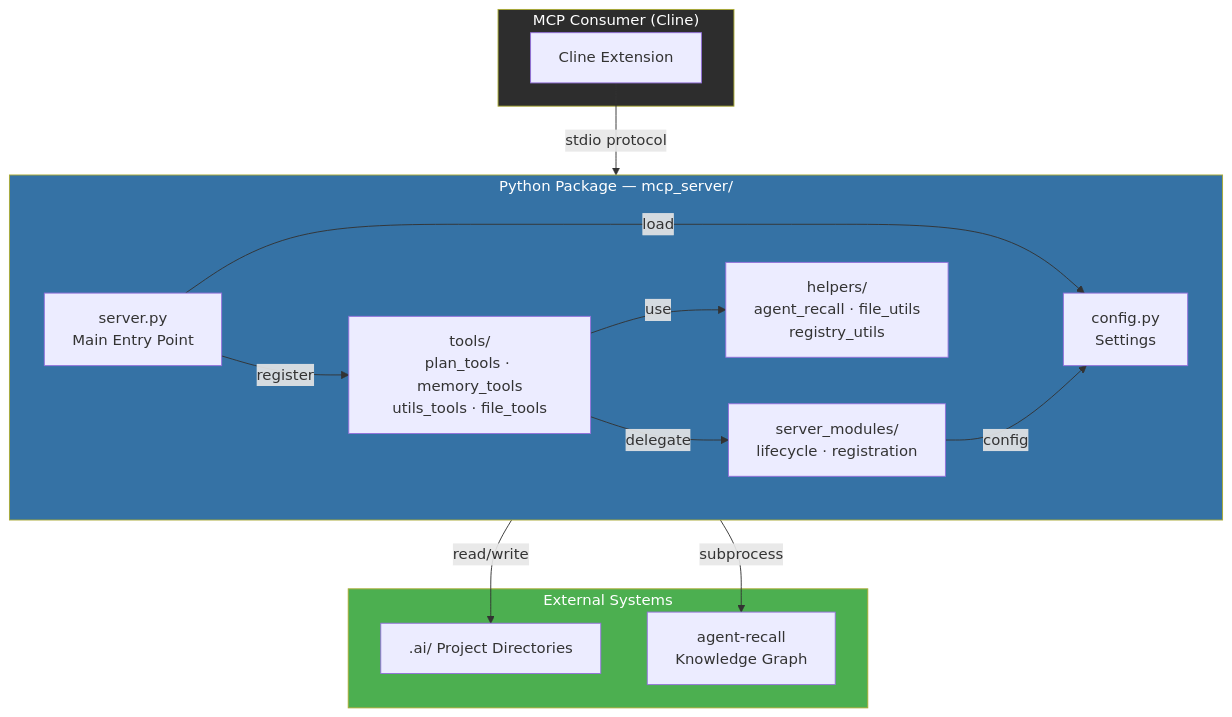
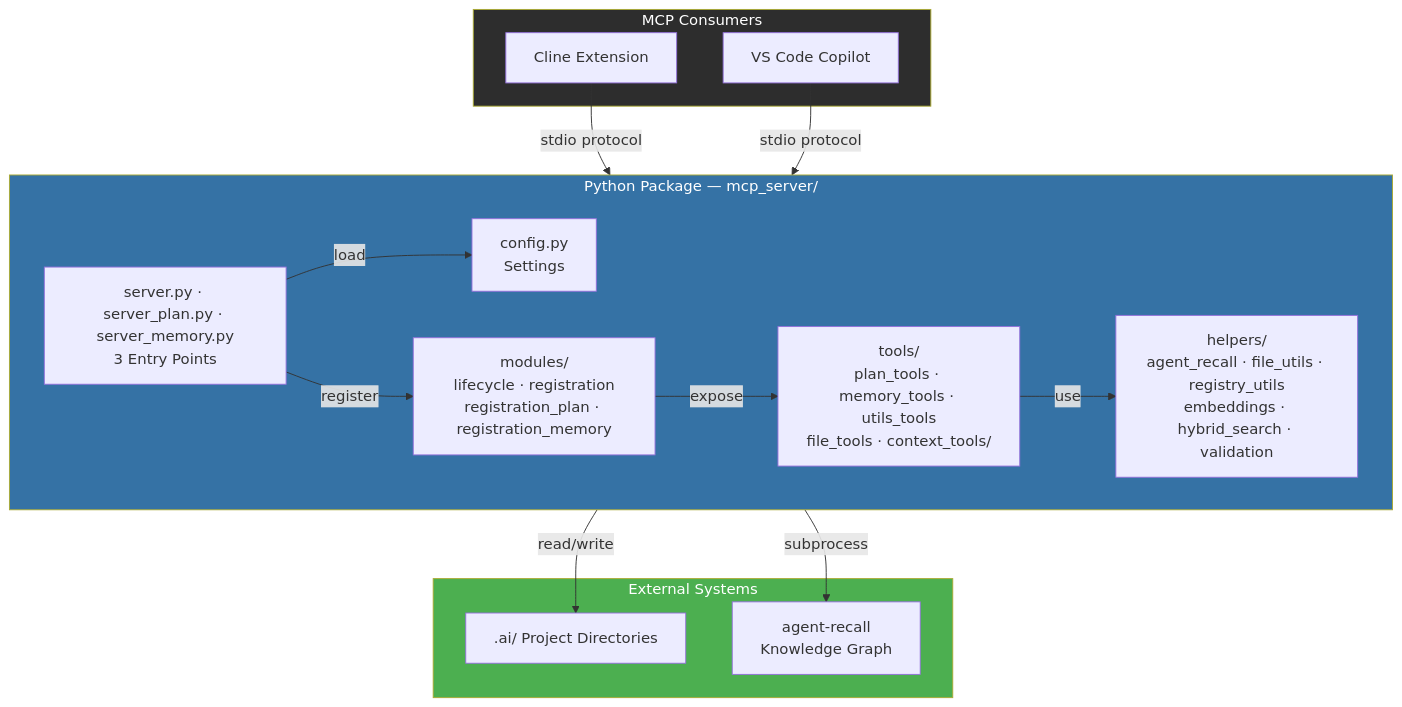
Before and after one commit to awsomplak/awlab-ai-assistant: the first of 2 diagrams in src/mcp_server/README.md, drawn with Mermaid. The commit also changed other lines of this file and 12 other files, not shown here.

````diff
--- a/src/mcp_server/README.md
+++ b/src/mcp_server/README.md
@@ -11,33 +17,33 @@
 ```mermaid
 graph TB
   subgraph SERVER["Python Package — mcp_server/"]
     direction LR
-    MAIN["server.py<br/>Main Entry Point"]
+    MCP_MAIN["server.py · server_plan.py · server_memory.py<br/>3 Entry Points"]
     CFG["config.py<br/>Settings"]
-    TOOLS["tools/<br/>plan_tools · memory_tools<br/>utils_tools · file_tools"]
-    HELPERS["helpers/<br/>agent_recall · file_utils<br/>registry_utils"]
-    MODS["server_modules/<br/>lifecycle · registration"]
+    TOOLS["tools/<br/>plan_tools · memory_tools · utils_tools<br/>file_tools · context_tools/"]
+    HELPERS["helpers/<br/>agent_recall · file_utils · registry_utils<br/>embeddings · hybrid_search · validation"]
+    MODS["modules/<br/>lifecycle · registration<br/>registration_plan · registration_memory"]
   end
 
-  subgraph CLIENTS["MCP Consumer (Cline)"]
+  subgraph CLIENTS["MCP Consumers"]
     CL["Cline Extension"]
+    CP["VS Code Copilot"]
   end
 
   subgraph EXTERNAL["External Systems"]
     FS[".ai/ Project Directories"]
     AG["agent-recall<br/>Knowledge Graph"]
   end
 
-  CL -->|"stdio protocol"| MAIN
-  MAIN -->|"load"| CFG
-  MAIN -->|"register"| TOOLS
+  CL & CP -->|"stdio protocol"| MCP_MAIN
+  MCP_MAIN -->|"load"| CFG
+  MCP_MAIN -->|"register"| MODS
+  MODS -->|"expose"| TOOLS
   TOOLS -->|"use"| HELPERS
-  TOOLS -->|"delegate"| MODS
-  MODS -->|"config"| CFG
   HELPERS -->|"read/write"| FS
   HELPERS -->|"subprocess"| AG
 
   style SERVER fill:#3572A5,color:#fff
   style CLIENTS fill:#2d2d2d,color:#fff
   style EXTERNAL fill:#4caf50,color:#fff
 ```
````
